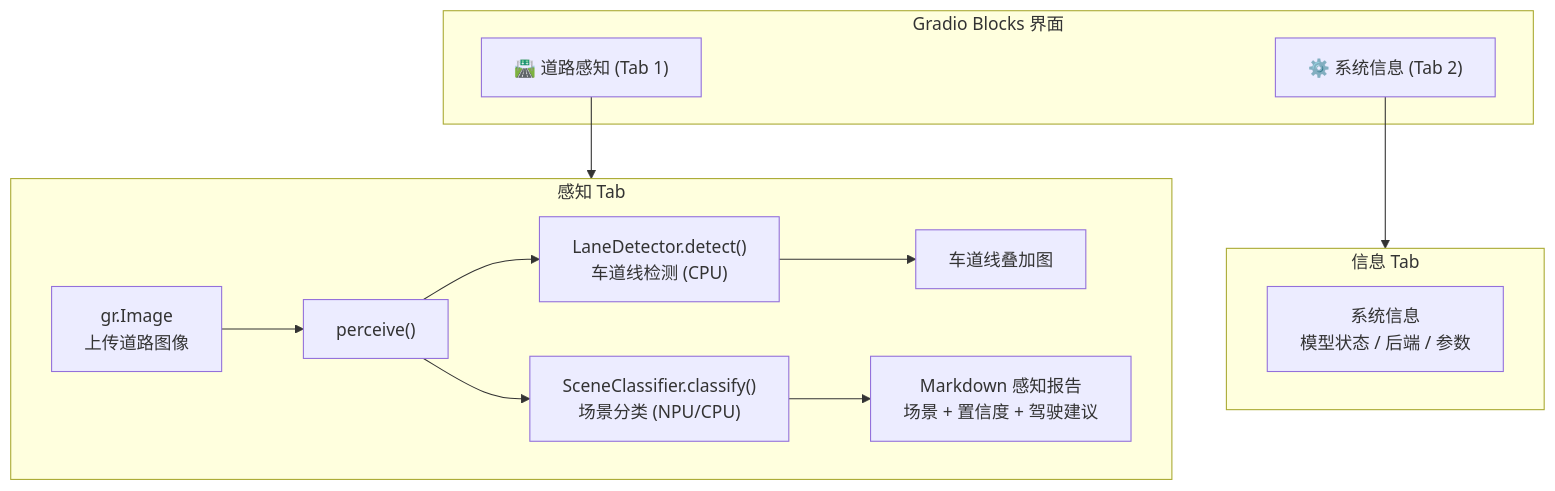
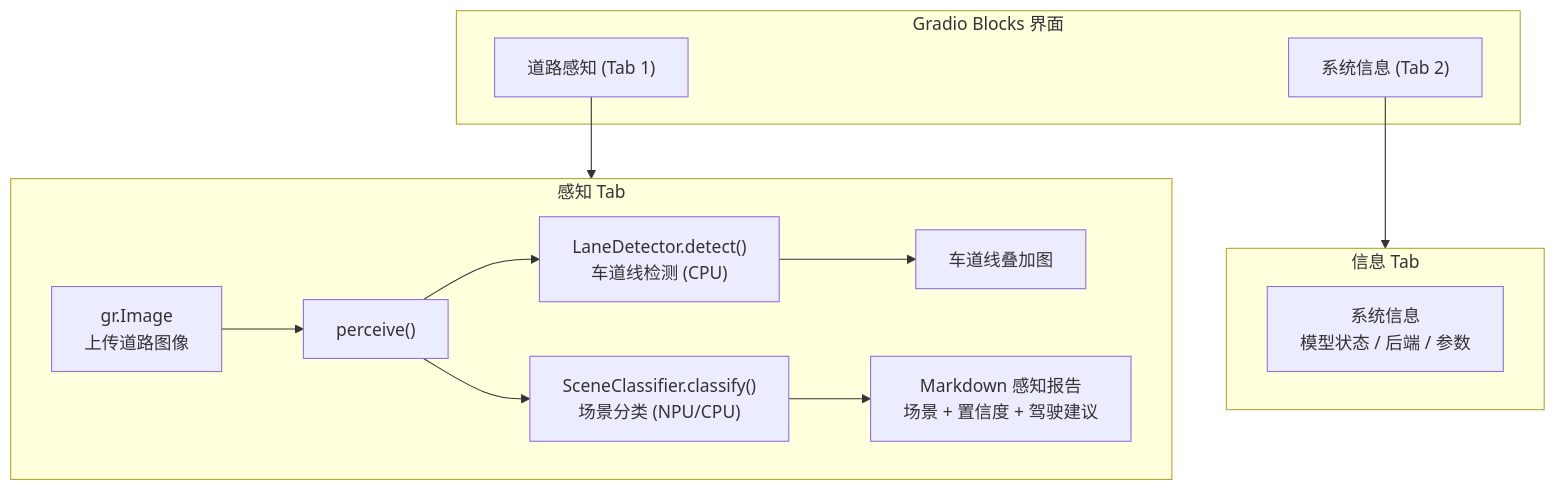
Before and after one commit to zhouxzh/Ascend310: the fifth of 6 diagrams in src/experiment/case6.md, drawn with Mermaid. The commit also changed other lines of this file and 51 other files, not shown here.

````diff
--- a/src/experiment/case6.md
+++ b/src/experiment/case6.md
@@ -278,22 +278,22 @@
 ```mermaid
 flowchart TD
     subgraph UI["Gradio Blocks 界面"]
-        TAB1["🛣️ 道路感知 (Tab 1)"]
-        TAB2["⚙️ 系统信息 (Tab 2)"]
+        TAB1[" 道路感知 (Tab 1)"]
+        TAB2[" 系统信息 (Tab 2)"]
     end
 
     subgraph TAB1_DETAIL["感知 Tab"]
         UPLOAD["gr.Image\n上传道路图像"] --> PERCEIVE["perceive()"]
         PERCEIVE --> LANE["LaneDetector.detect()\n车道线检测 (CPU)"]
         PERCEIVE --> SCENE["SceneClassifier.classify()\n场景分类 (NPU/CPU)"]
         LANE --> OVERLAY["车道线叠加图"]
         SCENE --> REPORT["Markdown 感知报告\n场景 + 置信度 + 驾驶建议"]
     end
 
     subgraph TAB2_DETAIL["信息 Tab"]
         SYS["系统信息\n模型状态 / 后端 / 参数"]
     end
 
     TAB1 --> TAB1_DETAIL
     TAB2 --> TAB2_DETAIL
 ```
````
